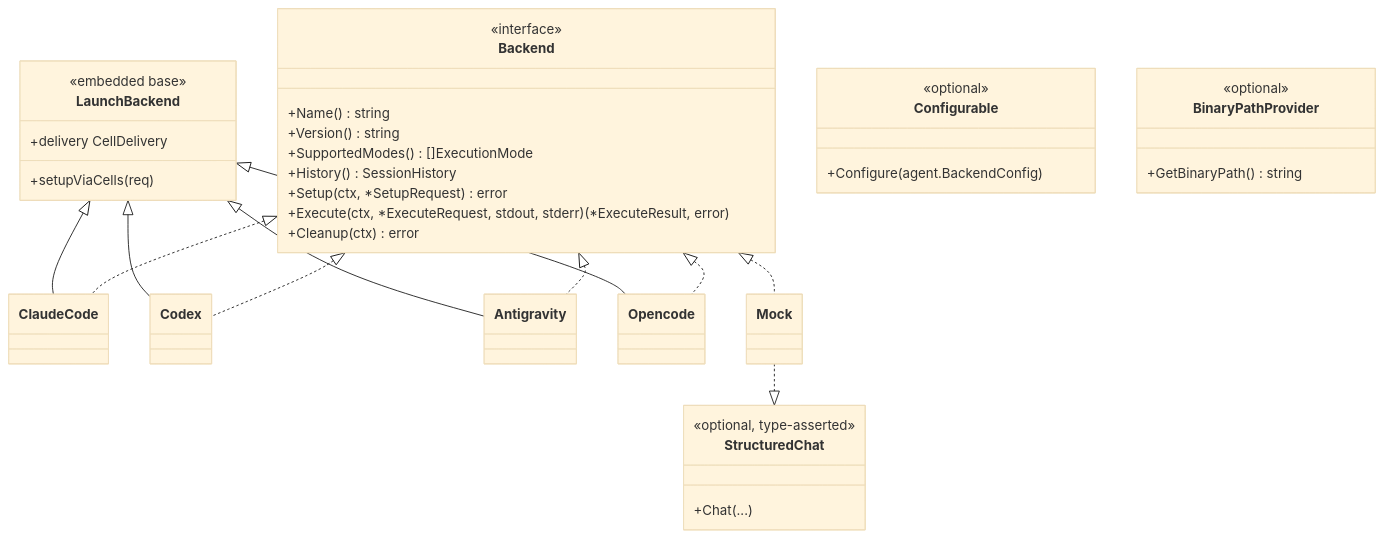
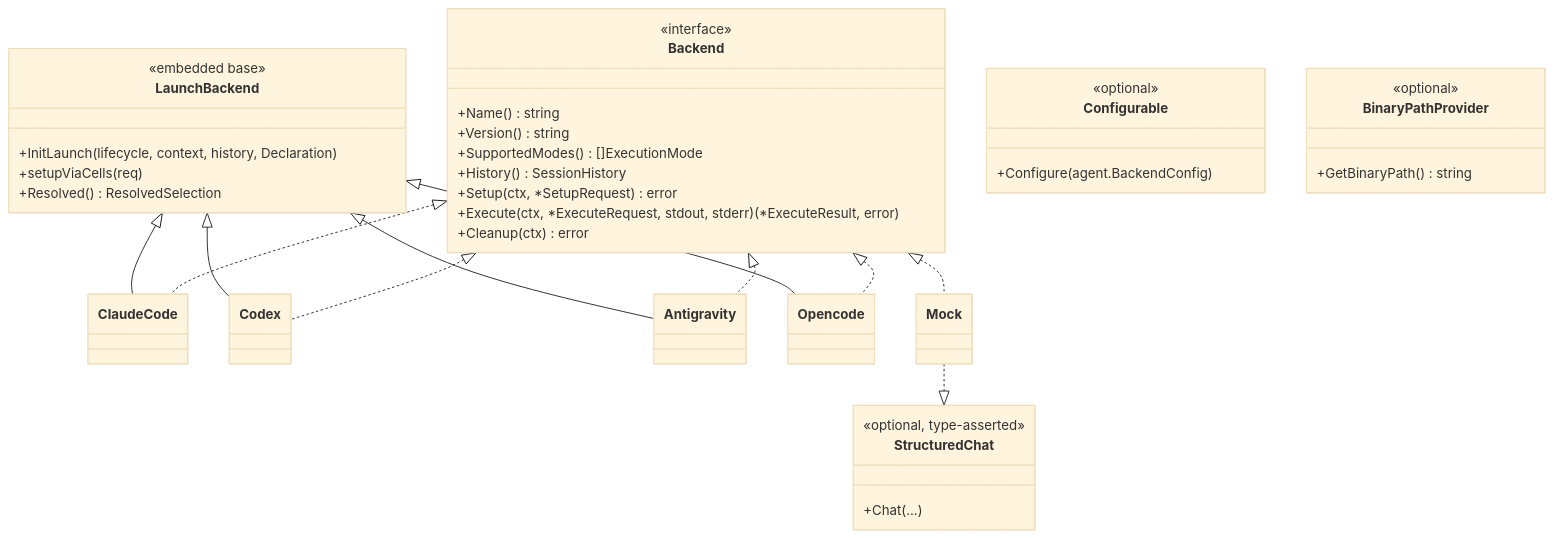
One commit to ctxloom/ctxloom changed the diagram in docs/architecture/engines/backend-abstraction.md. Above: the diagram before and after it, drawn with Mermaid (base theme). The commit also changed other lines of this file and 2 other files, not shown here.

First line of the commit message:
docs: registry hands out an engine's Declaration, not a surface builder

````diff
--- a/docs/architecture/engines/backend-abstraction.md
+++ b/docs/architecture/engines/backend-abstraction.md
@@ -19,45 +20,46 @@
 ```mermaid
 classDiagram
     class Backend {
         <<interface>>
         +Name() string
         +Version() string
         +SupportedModes() []ExecutionMode
         +History() SessionHistory
         +Setup(ctx, *SetupRequest) error
         +Execute(ctx, *ExecuteRequest, stdout, stderr) (*ExecuteResult, error)
         +Cleanup(ctx) error
     }
 
     class LaunchBackend {
         <<embedded base>>
+        +InitLaunch(lifecycle, context, history, Declaration)
         +setupViaCells(req)
-        +delivery CellDelivery
+        +Resolved() ResolvedSelection
     }
 
     class StructuredChat {
         <<optional, type-asserted>>
         +Chat(...)
     }
     class Configurable {
         <<optional>>
         +Configure(agent.BackendConfig)
     }
     class BinaryPathProvider {
         <<optional>>
         +GetBinaryPath() string
     }
 
     Backend <|.. ClaudeCode
     Backend <|.. Codex
     Backend <|.. Antigravity
     Backend <|.. Opencode
     Backend <|.. Mock
 
     LaunchBackend <|-- ClaudeCode
     LaunchBackend <|-- Codex
     LaunchBackend <|-- Antigravity
     LaunchBackend <|-- Opencode
 
     Mock ..|> StructuredChat
 ```
````
